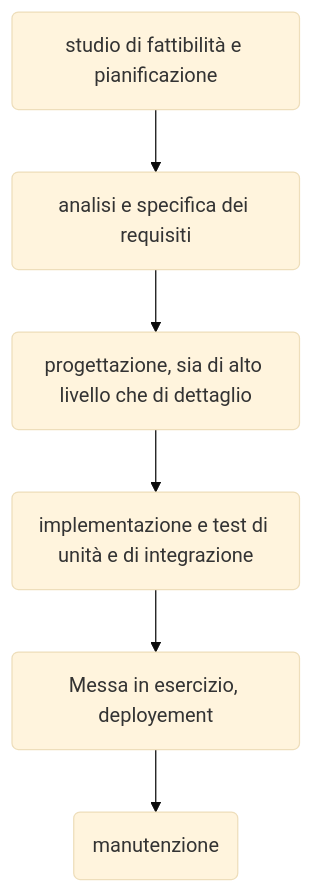
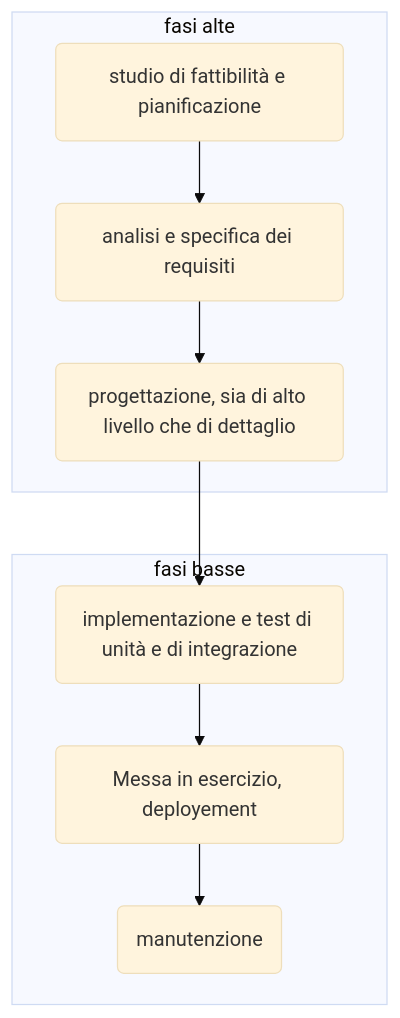
Before and after one commit to ErenKyojin/polimi-ing-info: the diagram in 3.1 Ingegneria del software/modello a cascata.md, drawn with Mermaid (base theme). The commit also changed other lines of this file and 2 other files, not shown here.

````diff
--- a/3.1 Ingegneria del software/modello a cascata.md
+++ b/3.1 Ingegneria del software/modello a cascata.md
@@ -9,4 +9,14 @@
 ```mermaid
 graph TB
+	subgraph "fasi alte"
+		A
+		B
+		C
+	end
+	subgraph "fasi basse"
+		D
+		E
+		F
+	end
 	A(studio di fattibilità e pianificazione) --> B(analisi e specifica dei requisiti) --> C(progettazione, sia di alto livello che di dettaglio) --> D(implementazione e test di unità e di integrazione) --> E(Messa in esercizio, deployement) --> F(manutenzione)
 ```
````
